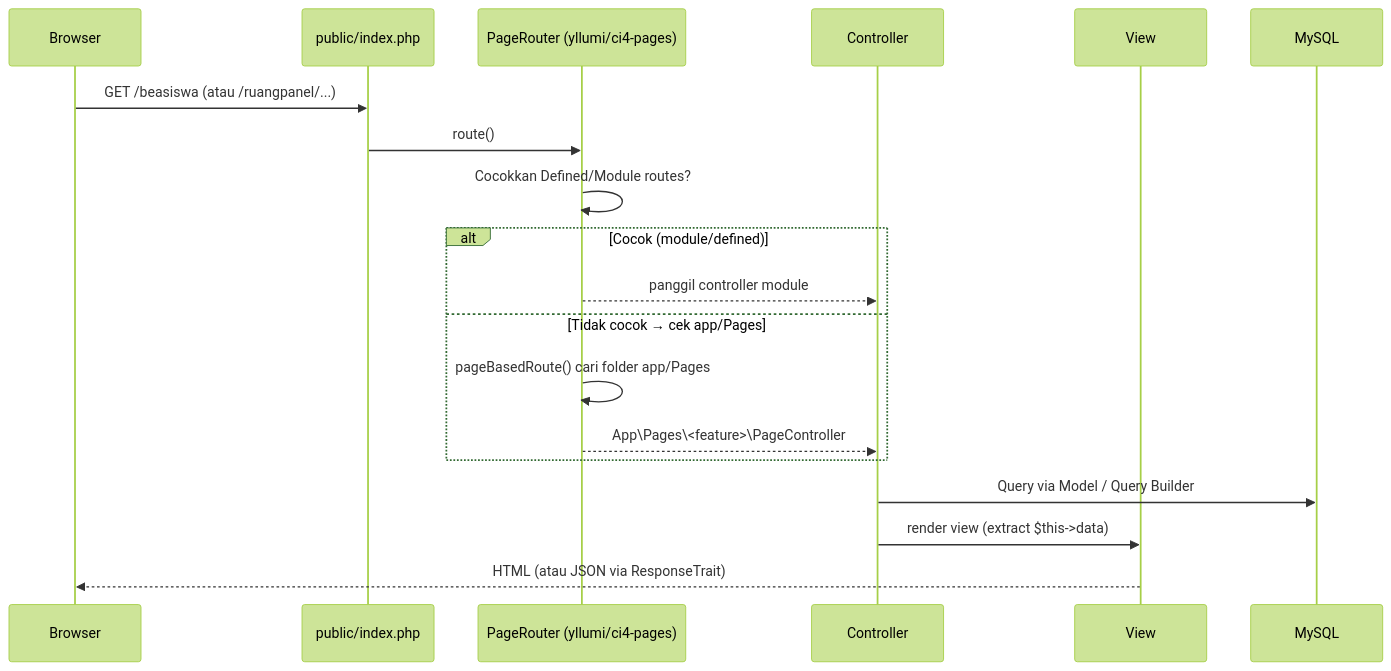
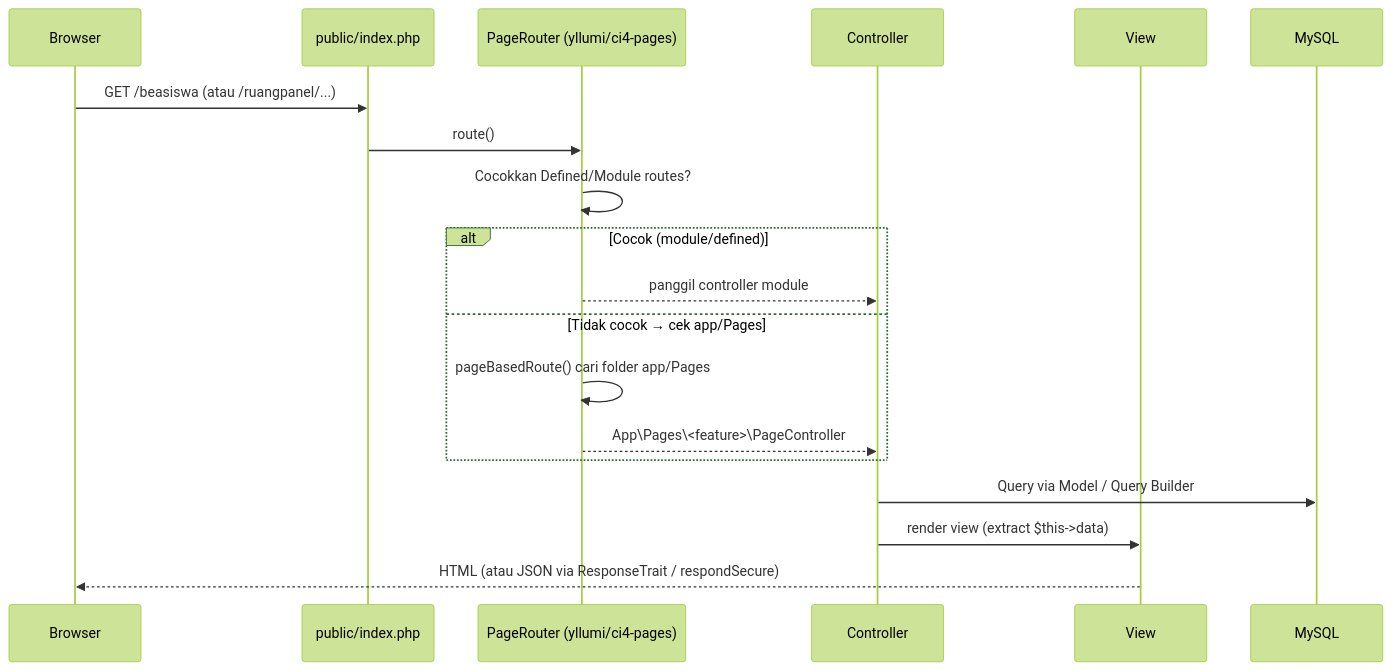
One commit to codepolitanlab/ruangai changed the second of 3 diagrams in ARCHITECTURE.md. Above: the diagram before and after it, drawn with Mermaid (forest theme). The commit also changed other lines of this file and 2 other files, not shown here.

````diff
--- a/ARCHITECTURE.md
+++ b/ARCHITECTURE.md
@@ -125,22 +133,22 @@
 ```mermaid
 sequenceDiagram
     participant B as Browser
     participant F as public/index.php
     participant R as PageRouter (yllumi/ci4-pages)
     participant C as Controller
     participant V as View
     participant D as MySQL
 
     B->>F: GET /beasiswa (atau /ruangpanel/...)
     F->>R: route()
     R->>R: Cocokkan Defined/Module routes?
     alt Cocok (module/defined)
         R-->>C: panggil controller module
     else Tidak cocok → cek app/Pages
         R->>R: pageBasedRoute() cari folder app/Pages
         R-->>C: App\Pages\<feature>\PageController
     end
     C->>D: Query via Model / Query Builder
     C->>V: render view (extract $this->data)
-    V-->>B: HTML (atau JSON via ResponseTrait)
+    V-->>B: HTML (atau JSON via ResponseTrait / respondSecure)
 ```
````
